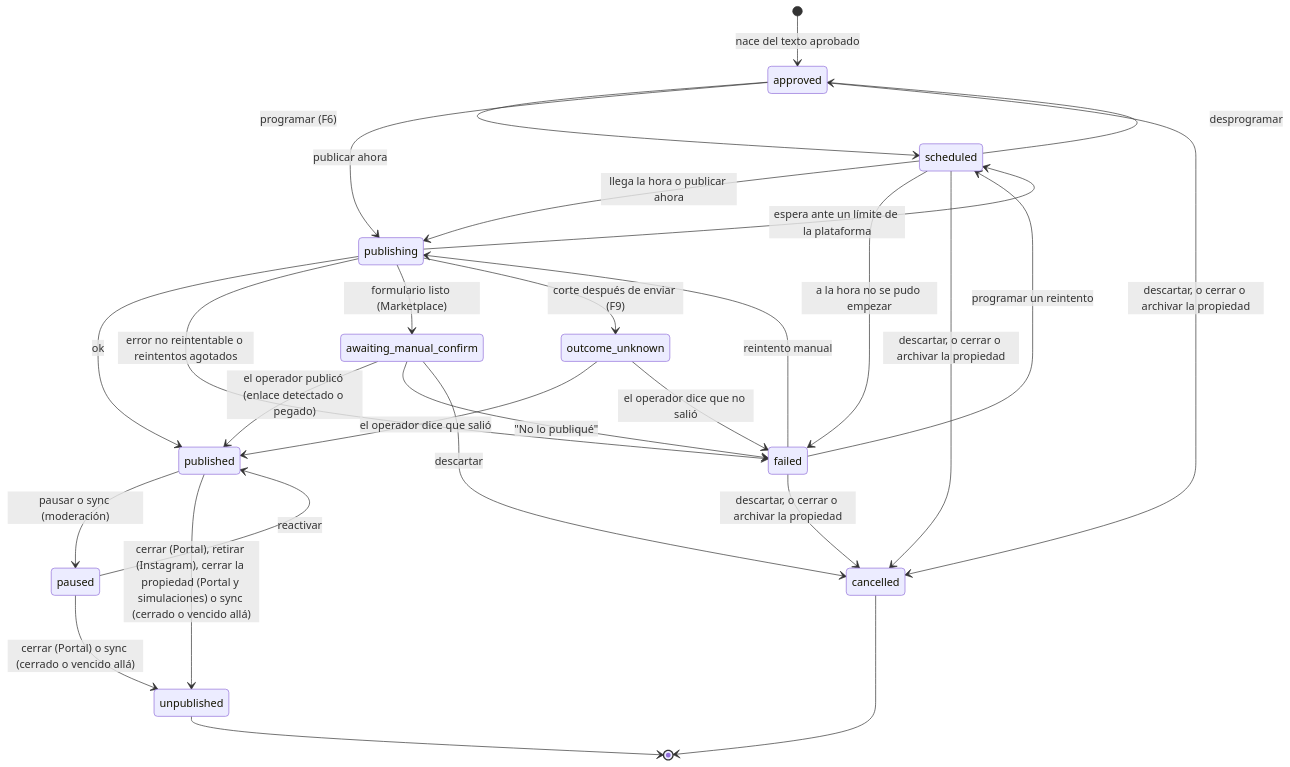
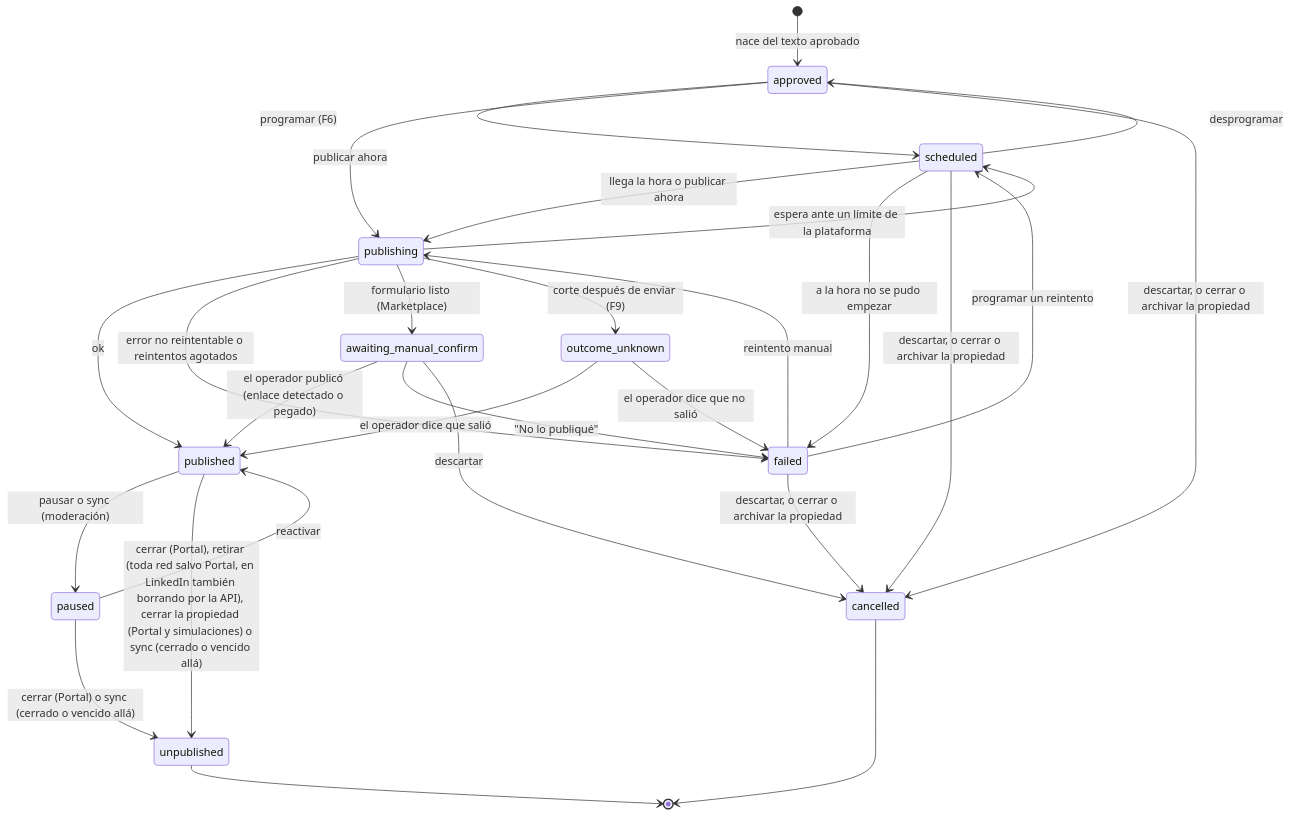
Before and after one commit to vicentewolde/AgentSales: the second of 2 diagrams in docs/01-arquitectura.md, drawn with Mermaid. The commit also changed other lines of this file and 7 other files, not shown here.

First line of the commit message:
docs: retirar borrando en ADR-0029, contratos de F9 y criterios de F9-T19

````diff
--- a/docs/01-arquitectura.md
+++ b/docs/01-arquitectura.md
@@ -288,30 +288,30 @@
 ```mermaid
 stateDiagram-v2
   [*] --> approved: nace del texto aprobado
   approved --> scheduled: programar (F6)
   approved --> publishing: publicar ahora
   scheduled --> publishing: llega la hora o publicar ahora
   scheduled --> approved: desprogramar
   scheduled --> failed: a la hora no se pudo empezar
   publishing --> published: ok
   publishing --> failed: error no reintentable o reintentos agotados
   publishing --> scheduled: espera ante un límite de la plataforma
   failed --> publishing: reintento manual
   failed --> scheduled: programar un reintento
   published --> paused: pausar o sync (moderación)
   paused --> published: reactivar
-  published --> unpublished: cerrar (Portal), retirar (Instagram), cerrar la propiedad (Portal y simulaciones) o sync (cerrado o vencido allá)
+  published --> unpublished: cerrar (Portal), retirar (toda red salvo Portal, en LinkedIn también borrando por la API), cerrar la propiedad (Portal y simulaciones) o sync (cerrado o vencido allá)
   paused --> unpublished: cerrar (Portal) o sync (cerrado o vencido allá)
   publishing --> awaiting_manual_confirm: formulario listo (Marketplace)
   awaiting_manual_confirm --> published: el operador publicó (enlace detectado o pegado)
   awaiting_manual_confirm --> failed: "No lo publiqué"
   publishing --> outcome_unknown: corte después de enviar (F9)
   outcome_unknown --> published: el operador dice que salió
   outcome_unknown --> failed: el operador dice que no salió
   unpublished --> [*]
   approved --> cancelled: descartar, o cerrar o archivar la propiedad
   scheduled --> cancelled: descartar, o cerrar o archivar la propiedad
   failed --> cancelled: descartar, o cerrar o archivar la propiedad
   awaiting_manual_confirm --> cancelled: descartar
   cancelled --> [*]
 ```
````
